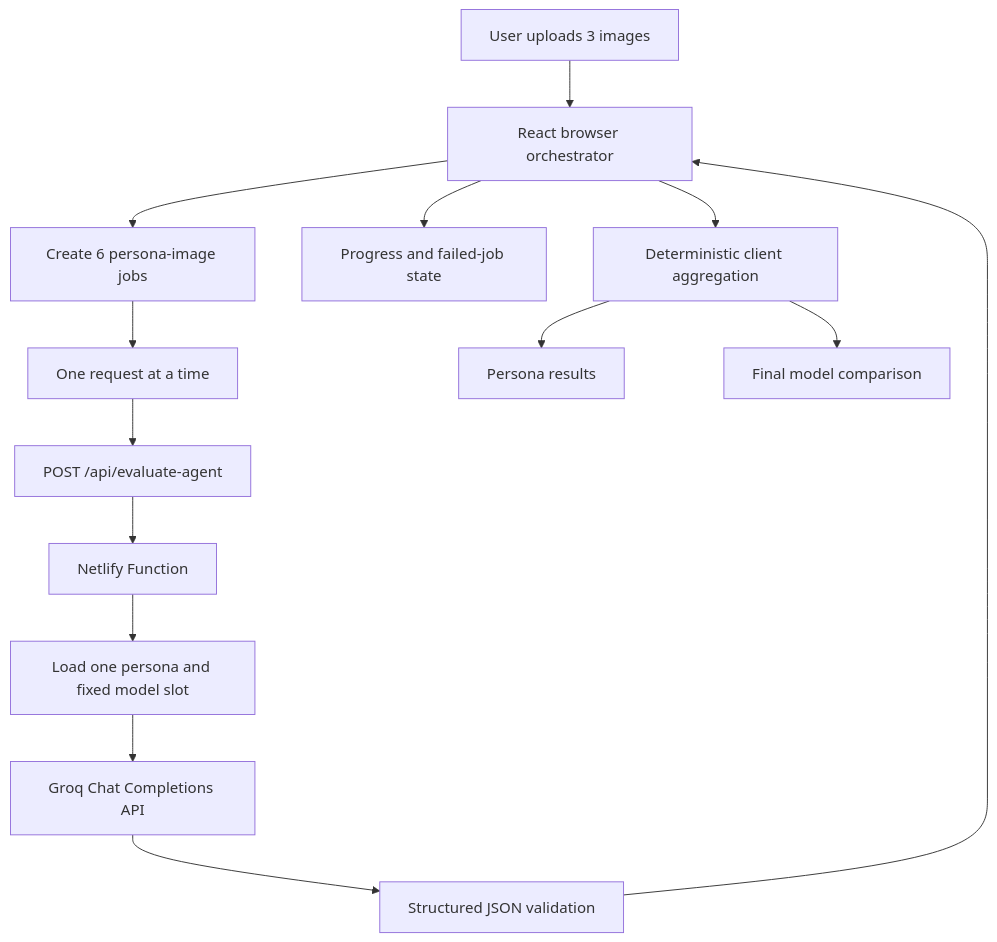
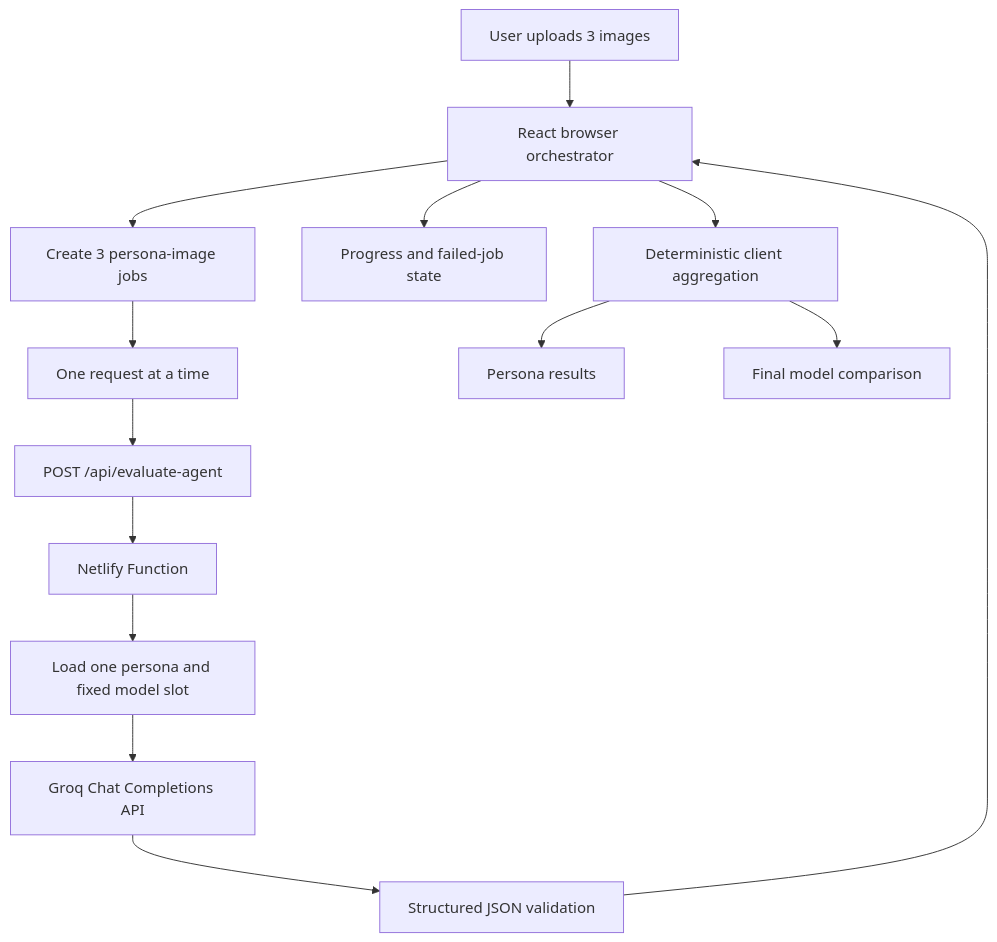
One commit to gptshivam595/VisualEval-MultiAgent changed the diagram in README.md. Above: the diagram before and after it, drawn with Mermaid. The commit also changed other lines of this file and 9 other files, not shown here.

Commit message:
Run three image evaluations with one persona

````diff
--- a/README.md
+++ b/README.md
@@ -110,16 +110,16 @@
 ```mermaid
 flowchart TD
     A[User uploads 3 images] --> B[React browser orchestrator]
-    B --> C[Create 6 persona-image jobs]
+    B --> C[Create 3 persona-image jobs]
     C --> D[One request at a time]
     D --> E[POST /api/evaluate-agent]
     E --> F[Netlify Function]
     F --> G[Load one persona and fixed model slot]
     G --> H[Groq Chat Completions API]
     H --> I[Structured JSON validation]
     I --> B
     B --> J[Progress and failed-job state]
     B --> K[Deterministic client aggregation]
     K --> L[Persona results]
     K --> M[Final model comparison]
 ```
````
